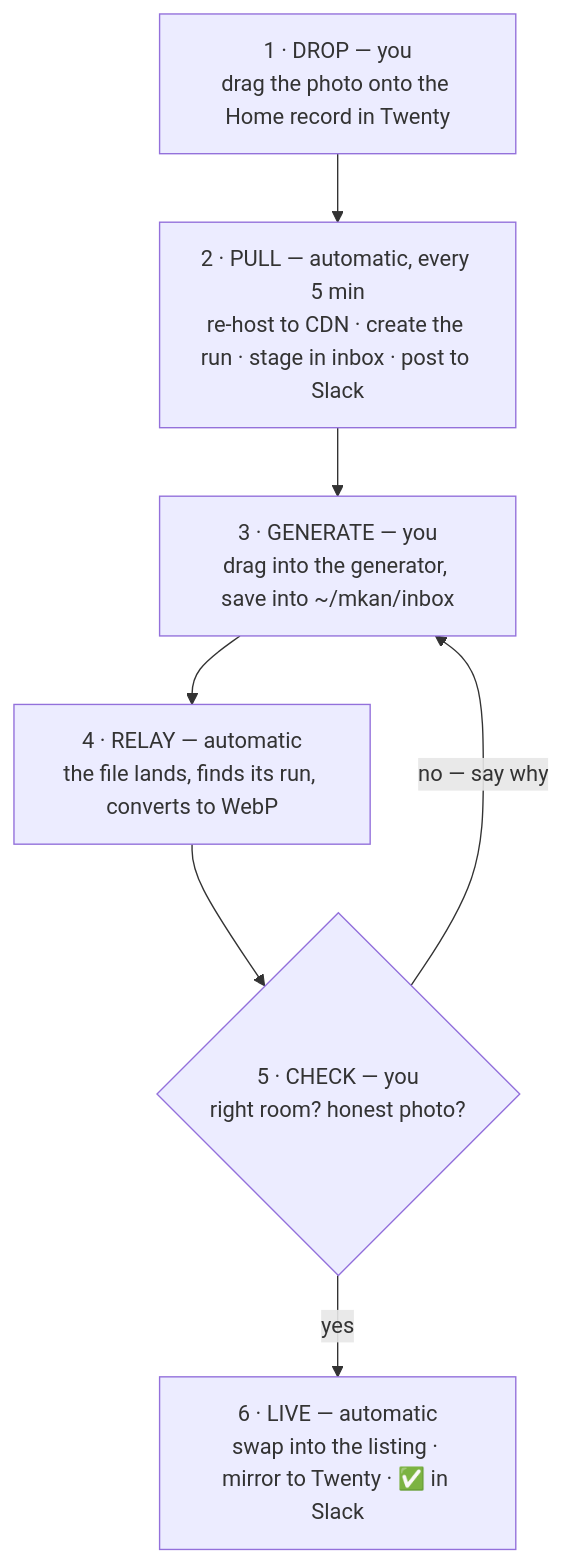
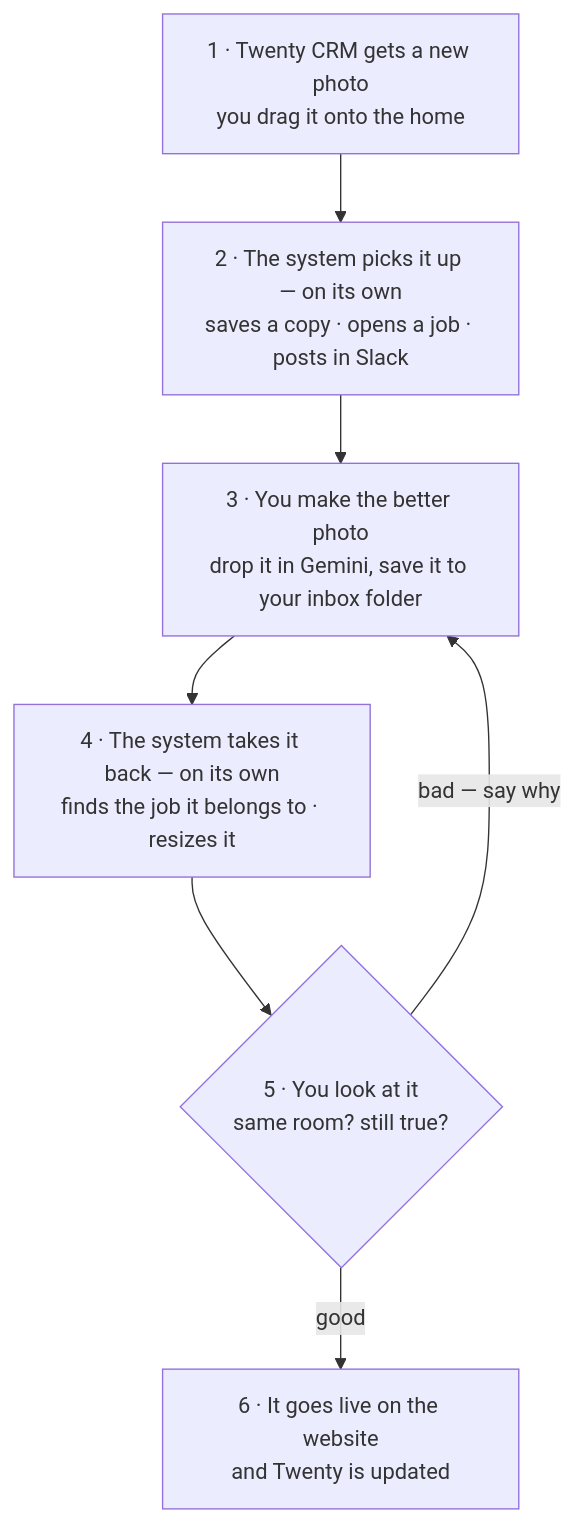
One commit to databayt/kun changed the diagram in content/docs/master.mdx. Above: the diagram before and after it, drawn with Mermaid. The commit also changed other lines of this file, not shown here.

First line of the commit message:
docs(master): say the loop in plain words, starting at the new photo

````diff
--- a/content/docs/master.mdx
+++ b/content/docs/master.mdx
@@ -29,12 +29,12 @@
 ```mermaid
 graph TD
-    T["1 · DROP — you<br/>drag the photo onto the Home record in Twenty"]
-    P["2 · PULL — automatic, every 5 min<br/>re-host to CDN · create the run · stage in inbox · post to Slack"]
-    G["3 · GENERATE — you<br/>drag into the generator, save into ~/mkan/inbox"]
-    R["4 · RELAY — automatic<br/>the file lands, finds its run, converts to WebP"]
-    C{"5 · CHECK — you<br/>right room? honest photo?"}
-    L["6 · LIVE — automatic<br/>swap into the listing · mirror to Twenty · ✅ in Slack"]
-    T --> P --> G --> R --> C
-    C -->|"yes"| L
-    C -->|"no — say why"| G
+    A["1 · Twenty CRM gets a new photo<br/>you drag it onto the home"]
+    B["2 · The system picks it up — on its own<br/>saves a copy · opens a job · posts in Slack"]
+    C["3 · You make the better photo<br/>drop it in Gemini, save it to your inbox folder"]
+    D["4 · The system takes it back — on its own<br/>finds the job it belongs to · resizes it"]
+    E{"5 · You look at it<br/>same room? still true?"}
+    F["6 · It goes live on the website<br/>and Twenty is updated"]
+    A --> B --> C --> D --> E
+    E -->|"good"| F
+    E -->|"bad — say why"| C
 ```
````
